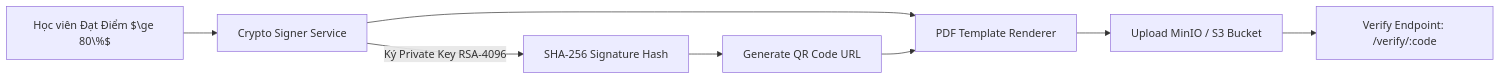
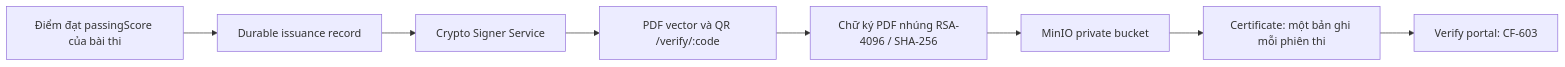
Before and after one commit to PhamNhuQuocBao/CyberForce: the fifth of 5 diagrams in docs/02-architecture/TDD_CYBERFORCE.md, drawn with Mermaid. The commit also changed other lines of this file and 28 other files, not shown here.

````diff
--- a/docs/02-architecture/TDD_CYBERFORCE.md
+++ b/docs/02-architecture/TDD_CYBERFORCE.md
@@ -493,10 +493,10 @@
 ```mermaid
 graph LR
-    ExamPassed[Học viên Đạt Điểm $\ge 80\%$] --> Signer[Crypto Signer Service]
-    Signer -->|Ký Private Key RSA-4096| Hash[SHA-256 Signature Hash]
-    Signer --> Generator[PDF Template Renderer]
-    Hash --> QR[Generate QR Code URL]
-    QR --> Generator
-    Generator --> S3[Upload MinIO / S3 Bucket]
-    S3 --> PublicPortal[Verify Endpoint: /verify/:code]
+    ExamPassed[Điểm đạt passingScore của bài thi] --> Queue[Durable issuance record]
+    Queue --> Signer[Crypto Signer Service]
+    Signer --> Generator[PDF vector và QR /verify/:code]
+    Generator --> Signature[Chữ ký PDF nhúng RSA-4096 / SHA-256]
+    Signature --> S3[MinIO private bucket]
+    S3 --> Certificate[Certificate: một bản ghi mỗi phiên thi]
+    Certificate --> PublicPortal[Verify portal: CF-603]
 ```
````
